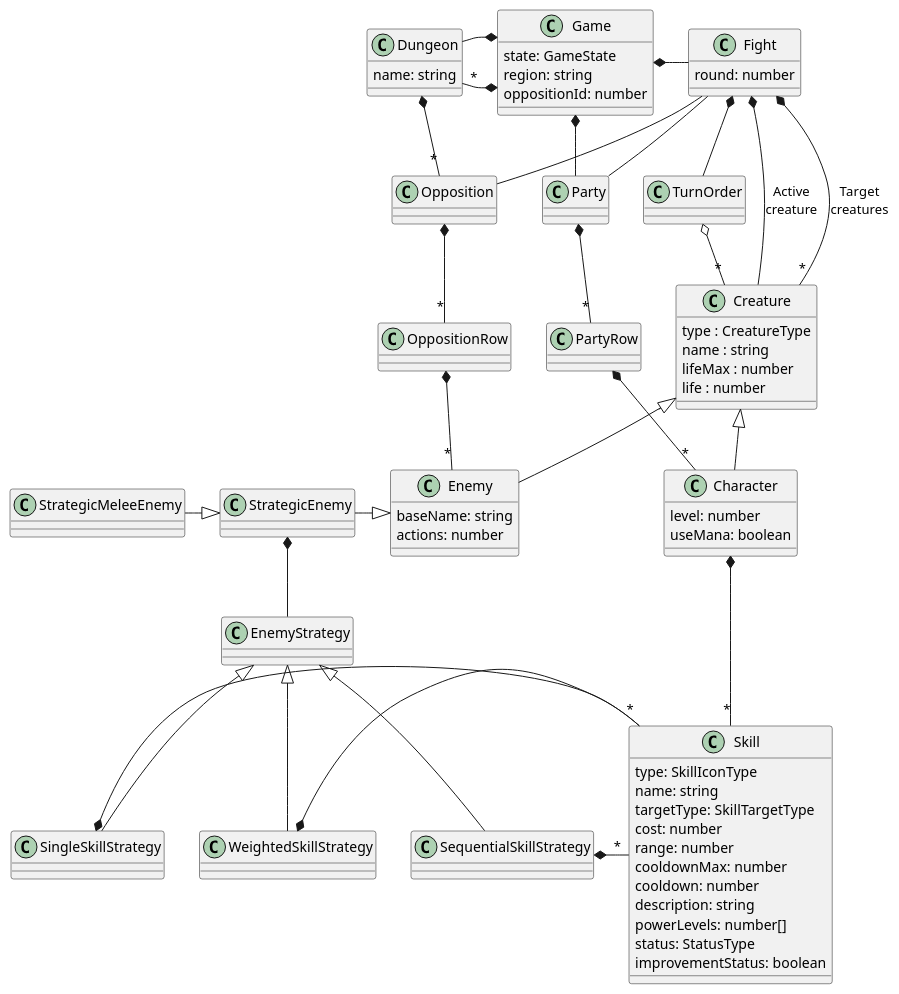
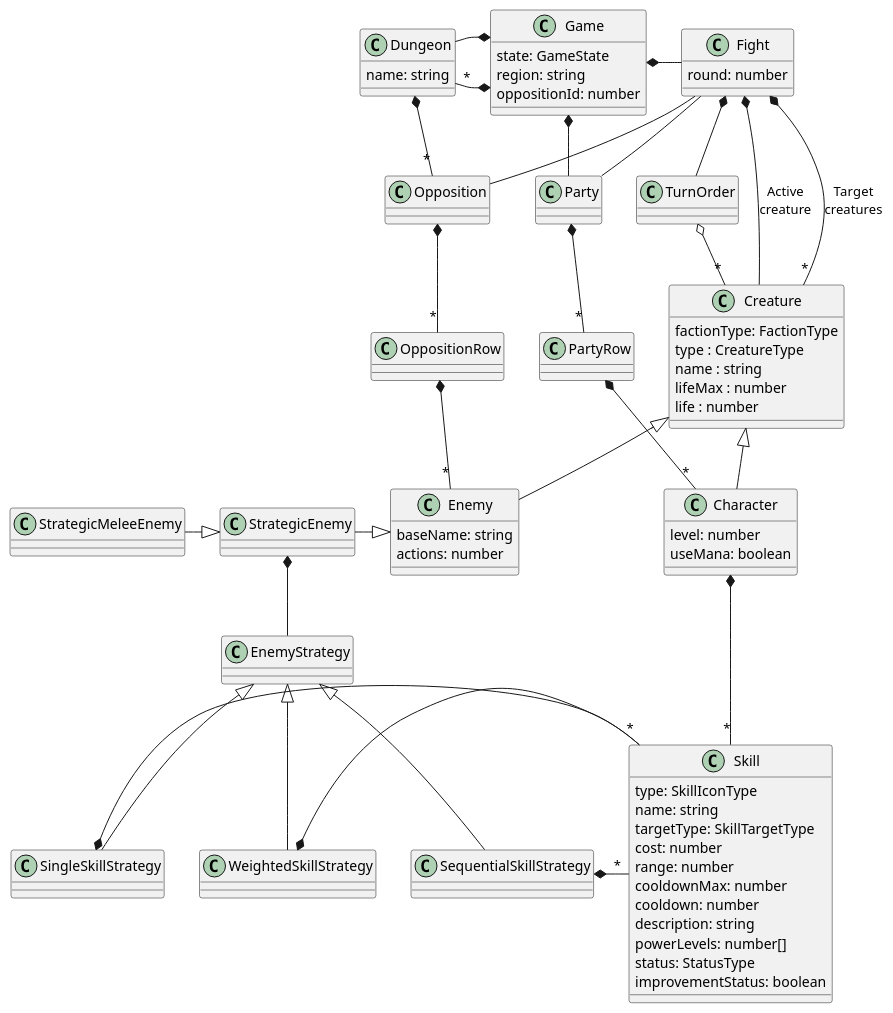
Before and after one commit to fbeaufume/draconis: the diagram in doc/model.puml, drawn with PlantUML. The commit also changed 11 other files, not shown here.

```diff
--- a/doc/model.puml
+++ b/doc/model.puml
@@ -1,109 +1,110 @@
 @startuml
 
 class Game {
   state: GameState
   region: string
   oppositionId: number
 }
 
 class Dungeon {
   name: string
 }
 
 class Fight {
   round: number
 }
 
 class Party {
 }
 
 class PartyRow {
 }
 
 class Opposition {
 }
 
 class OppositionRow {
 }
 
 class TurnOrder {
 }
 
 class Creature {
+  factionType: FactionType
   type : CreatureType
   name : string
   lifeMax : number
   life : number
 }
 
 class Character {
   level: number
   useMana: boolean
 }
 
 class Enemy {
   baseName: string
   actions: number
 }
 
 class StrategicEnemy {
 }
 
 class StrategicMeleeEnemy {
 }
 
 class EnemyStrategy {
 }
 
 class SingleSkillStrategy {
 }
 
 class WeightedSkillStrategy {
 }
 
 class SequentialSkillStrategy {
 }
 
 class Skill {
   type: SkillIconType
   name: string
   targetType: SkillTargetType
   cost: number
   range: number
   cooldownMax: number
   cooldown: number
   description: string
   powerLevels: number[]
   status: StatusType
   improvementStatus: boolean
 }
 
 Game *-left- "*" Dungeon
 Game *-left- Dungeon
 Game *-right- Fight
 Game *-- Party
 Dungeon *-- "*" Opposition
 Fight -- Party
 Fight -- Opposition
 Fight *-- TurnOrder
 Fight *-- Creature : "Active\ncreature"
 Fight *-- "*" Creature : "Target\ncreatures"
 TurnOrder o-- "*" Creature
 Party *-- "*" PartyRow
 PartyRow *-- "*" Character
 Opposition *-- "*" OppositionRow
 OppositionRow *-- "*" Enemy
 Creature <|-- Character
 Character *-- "*" Skill
 Creature <|-- Enemy
 Enemy <|-right- StrategicEnemy
 StrategicEnemy <|-left- StrategicMeleeEnemy
 StrategicEnemy *-- EnemyStrategy
 EnemyStrategy <|-- SingleSkillStrategy
 SingleSkillStrategy *-right- Skill
 EnemyStrategy <|-- WeightedSkillStrategy
 EnemyStrategy <|-- SequentialSkillStrategy
 WeightedSkillStrategy *-right- "*" Skill
 SequentialSkillStrategy *-right- "*" Skill
 
 @enduml
```
